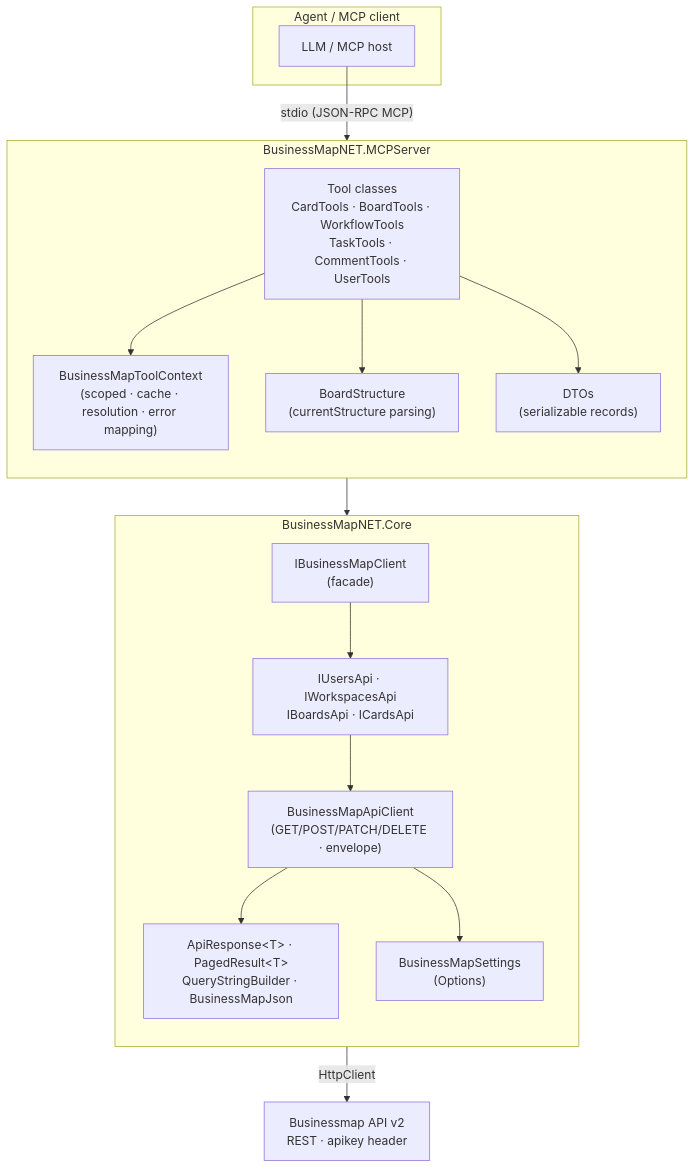
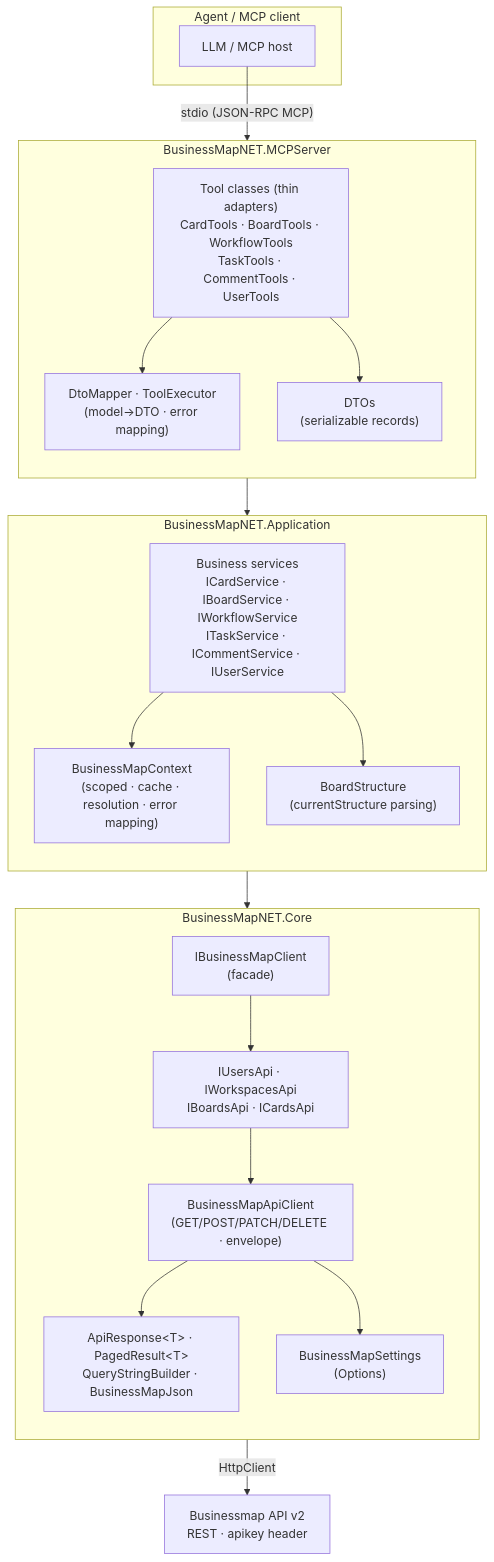
One commit to dpuntos/Businessmap-MCP-Server changed the second of 5 diagrams in README.md. Above: the diagram before and after it, drawn with Mermaid. The commit also changed other lines of this file and 30 other files, not shown here.

Commit message:
Add application layer

````diff
--- a/README.md
+++ b/README.md
@@ -181,34 +193,42 @@
 ```mermaid
 graph TB
 	subgraph Agent["Agent / MCP client"]
 		LLM["LLM / MCP host"]
 	end
 
 	subgraph MCPServer["BusinessMapNET.MCPServer"]
 		direction TB
-		Tools["Tool classes<br/>CardTools · BoardTools · WorkflowTools<br/>TaskTools · CommentTools · UserTools"]
-		Ctx["BusinessMapToolContext<br/>(scoped · cache · resolution · error mapping)"]
+		Tools["Tool classes (thin adapters)<br/>CardTools · BoardTools · WorkflowTools<br/>TaskTools · CommentTools · UserTools"]
+		DtoMap["DtoMapper · ToolExecutor<br/>(model→DTO · error mapping)"]
+		Dtos["DTOs<br/>(serializable records)"]
+		Tools --> DtoMap
+		Tools --> Dtos
+	end
+
+	subgraph AppLayer["BusinessMapNET.Application"]
+		direction TB
+		Svcs["Business services<br/>ICardService · IBoardService · IWorkflowService<br/>ITaskService · ICommentService · IUserService"]
+		Ctx["BusinessMapContext<br/>(scoped · cache · resolution · error mapping)"]
 		Struct["BoardStructure<br/>(currentStructure parsing)"]
-		Dtos["DTOs<br/>(serializable records)"]
-		Tools --> Ctx
-		Tools --> Struct
-		Tools --> Dtos
+		Svcs --> Ctx
+		Svcs --> Struct
 	end
 
 	subgraph CoreLib["BusinessMapNET.Core"]
 		direction TB
 		Facade["IBusinessMapClient<br/>(facade)"]
 		Apis["IUsersApi · IWorkspacesApi<br/>IBoardsApi · ICardsApi"]
 		Base["BusinessMapApiClient<br/>(GET/POST/PATCH/DELETE · envelope)"]
 		Http["ApiResponse&lt;T&gt; · PagedResult&lt;T&gt;<br/>QueryStringBuilder · BusinessMapJson"]
 		Settings["BusinessMapSettings<br/>(Options)"]
 		Facade --> Apis --> Base --> Http
 		Base --> Settings
 	end
 
 	API["Businessmap API v2<br/>REST · apikey header"]
 
 	LLM -->|"stdio (JSON-RPC MCP)"| Tools
+	DtoMap --> Svcs
 	Ctx --> Facade
 	Base -->|"HttpClient"| API
 ```
````
